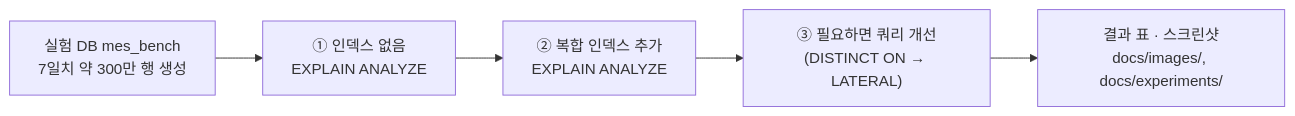
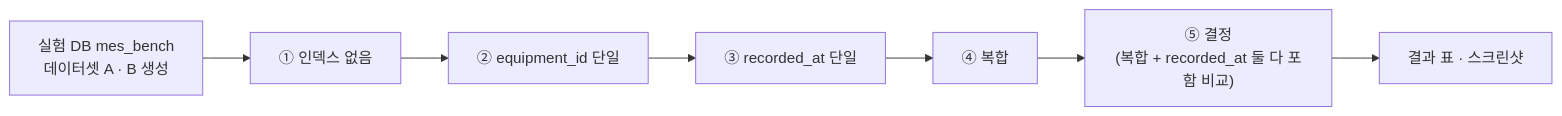
One commit to popcorn0125/mes-study changed the third of 4 diagrams in docs/plans/dashboard-monitoring-api.md. Above: the diagram before and after it, drawn with Mermaid. The commit also changed other lines of this file, not shown here.

First line of the commit message:
docs: 인덱스 비교 실험을 4종 · 설비 5대/50대 비교로 확장

````diff
--- a/docs/plans/dashboard-monitoring-api.md
+++ b/docs/plans/dashboard-monitoring-api.md
@@ -113,7 +133,9 @@
 ```mermaid
 flowchart LR
-  A["실험 DB mes_bench<br/>7일치 약 300만 행 생성"] --> B["① 인덱스 없음<br/>EXPLAIN ANALYZE"]
-  B --> C["② 복합 인덱스 추가<br/>EXPLAIN ANALYZE"]
-  C --> D["③ 필요하면 쿼리 개선<br/>(DISTINCT ON → LATERAL)"]
-  D --> E["결과 표 · 스크린샷<br/>docs/images/, docs/experiments/"]
+  A["실험 DB mes_bench<br/>데이터셋 A · B 생성"] --> S0["① 인덱스 없음"]
+  S0 --> S1["② equipment_id 단일"]
+  S1 --> S2["③ recorded_at 단일"]
+  S2 --> S3["④ 복합"]
+  S3 --> S4["⑤ 결정<br/>(복합 + recorded_at 둘 다 포함 비교)"]
+  S4 --> R["결과 표 · 스크린샷"]
 ```
````
